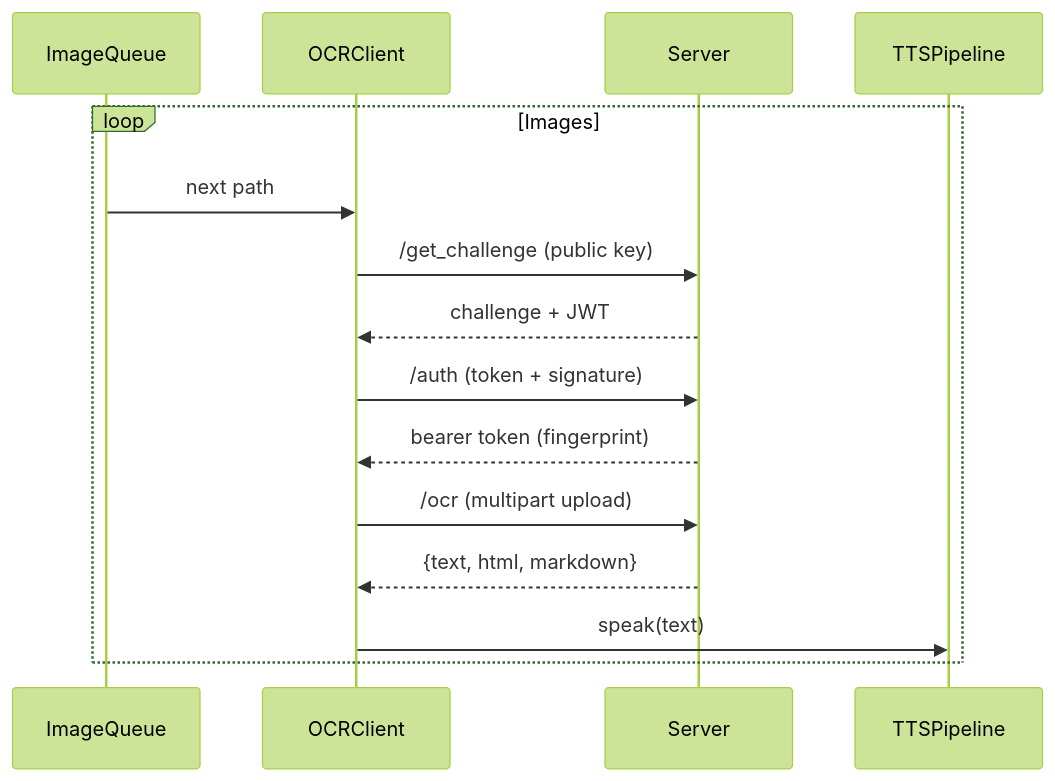
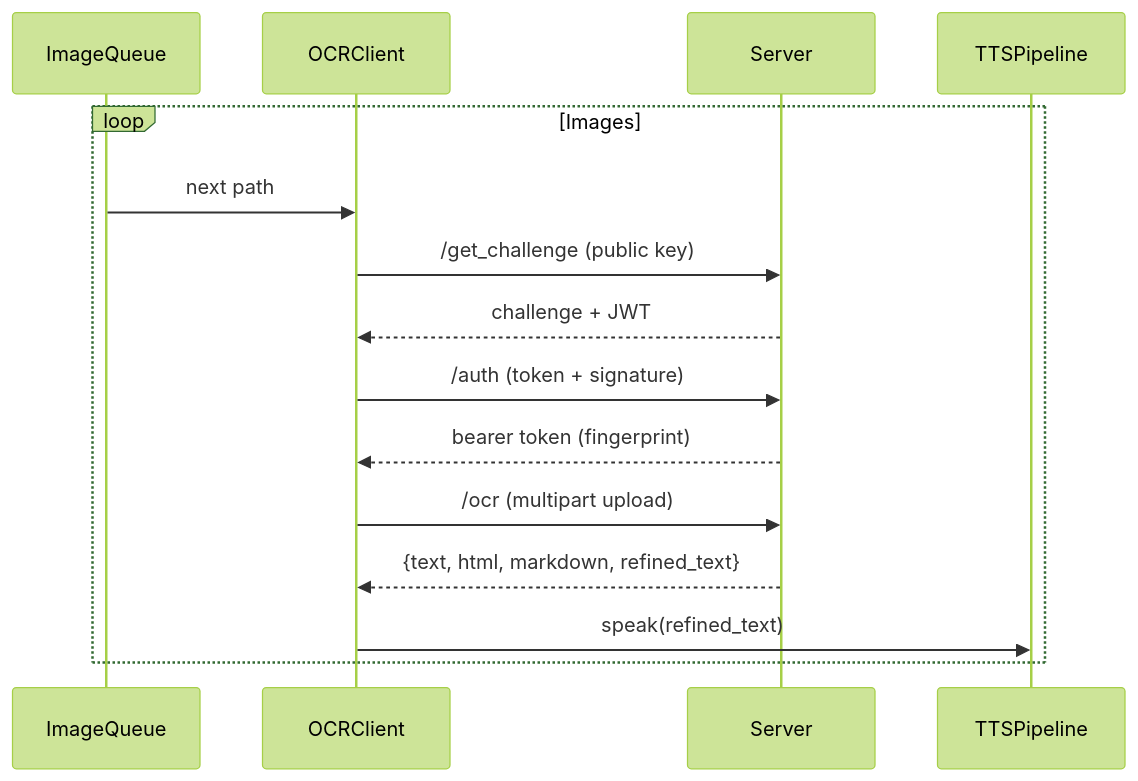
Before and after one commit to tasmirz/EyeWear: the sixth of 16 diagrams in docs/doc_v00.md, drawn with Mermaid (forest theme). The commit also changed other lines of this file and 22 other files, not shown here.

````diff
--- a/docs/doc_v00.md
+++ b/docs/doc_v00.md
@@ -132,18 +133,18 @@
 ```mermaid
 sequenceDiagram
     participant Q as ImageQueue
     participant C as OCRClient
     participant S as Server
     participant T as TTSPipeline
 
     loop Images
         Q->>C: next path
         C->>S: /get_challenge (public key)
         S-->>C: challenge + JWT
         C->>S: /auth (token + signature)
         S-->>C: bearer token (fingerprint)
         C->>S: /ocr (multipart upload)
-        S-->>C: {text, html, markdown}
-        C->>T: speak(text)
+        S-->>C: {text, html, markdown, refined_text}
+        C->>T: speak(refined_text)
     end
 ```
````
